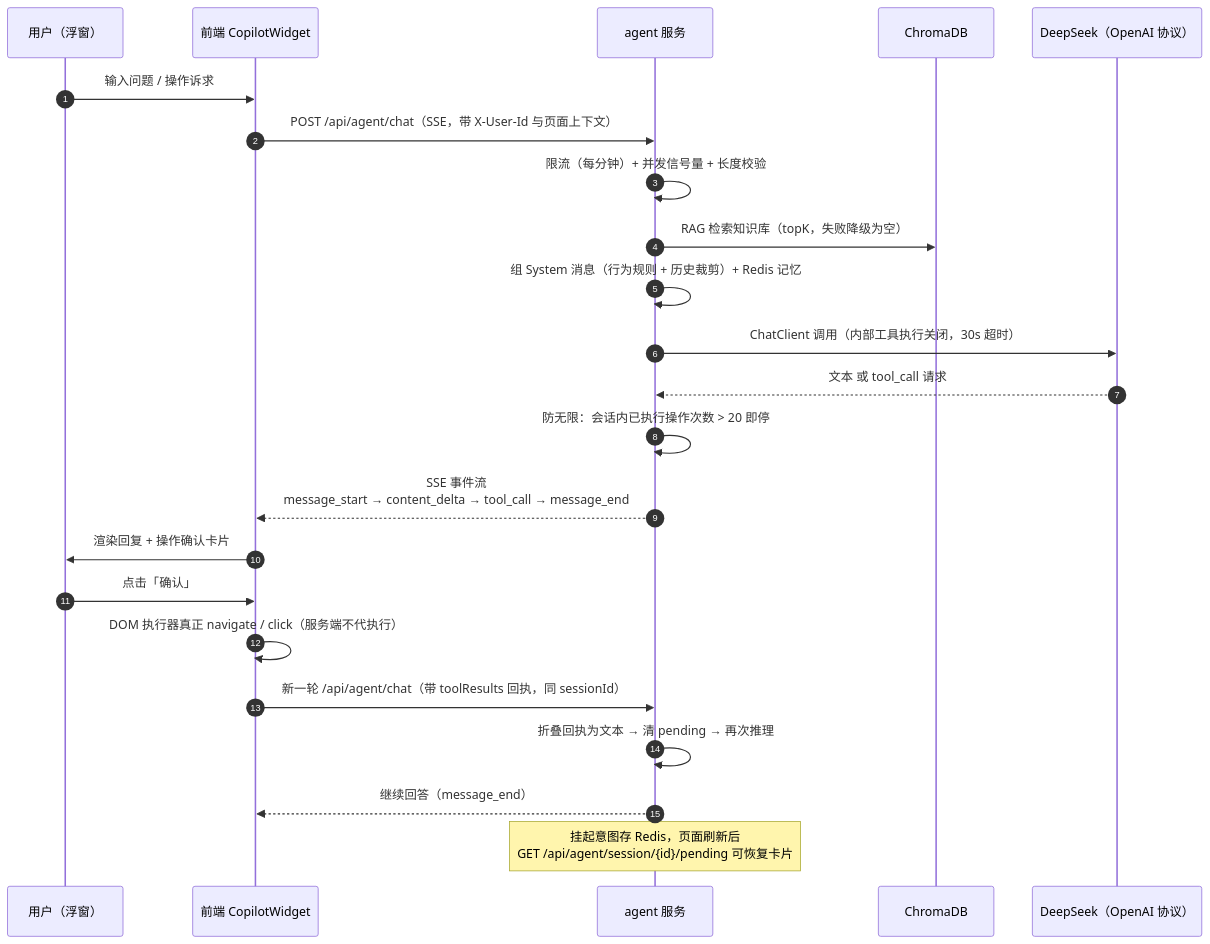
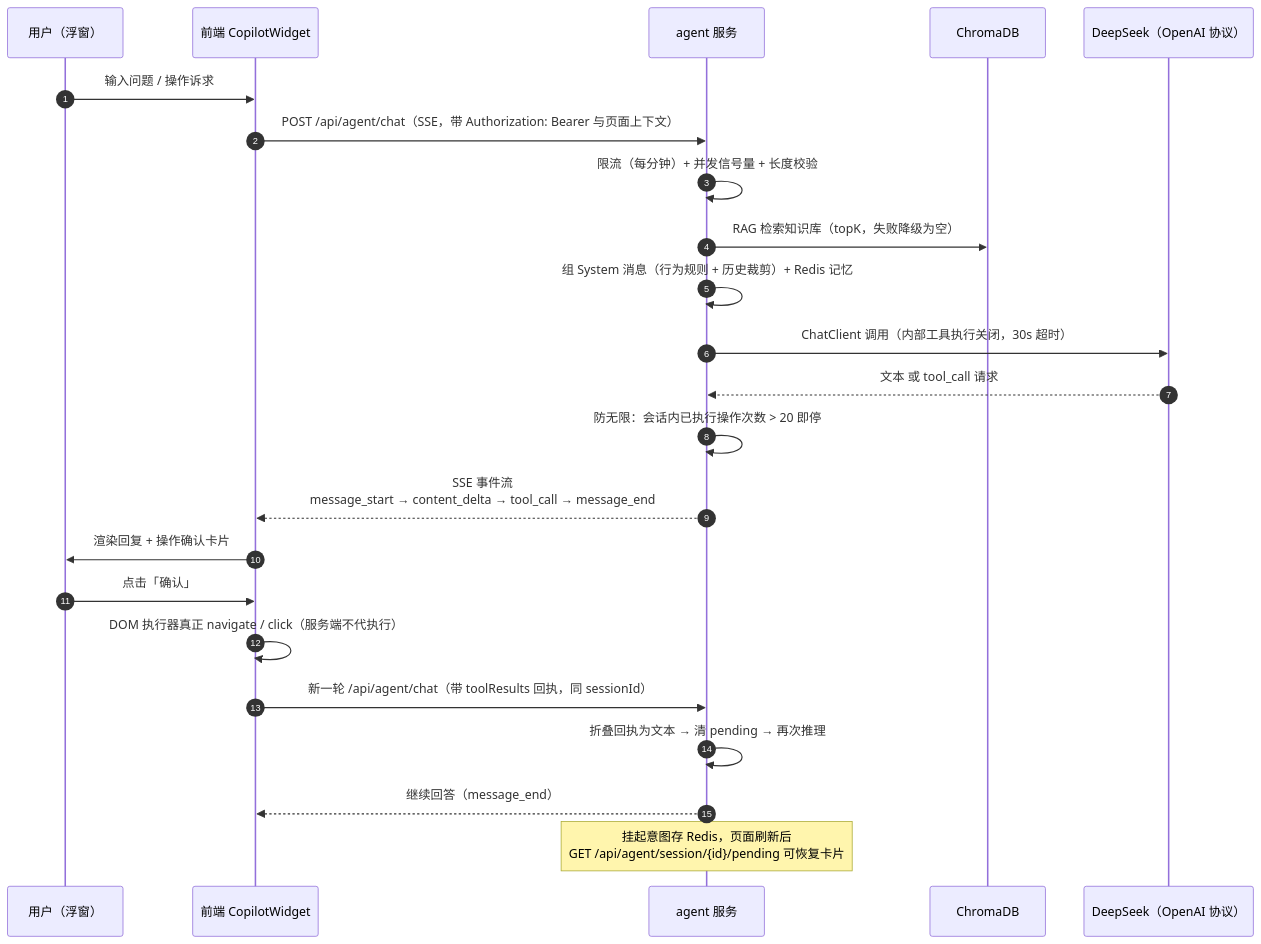
Before and after one commit to WaterSilverHg/ling-mart: diagram 18 of 19 in docs/architecture-diagrams.md, drawn with Mermaid. The commit also changed other lines of this file and 139 other files, not shown here.

````diff
--- a/docs/architecture-diagrams.md
+++ b/docs/architecture-diagrams.md
@@ -583,27 +586,27 @@
 ```mermaid
 sequenceDiagram
     autonumber
     participant U as 用户（浮窗）
     participant FE as 前端 CopilotWidget
     participant AG as agent 服务
     participant KB as ChromaDB
     participant LLM as DeepSeek（OpenAI 协议）
 
     U->>FE: 输入问题 / 操作诉求
-    FE->>AG: POST /api/agent/chat（SSE，带 X-User-Id 与页面上下文）
+    FE->>AG: POST /api/agent/chat（SSE，带 Authorization: Bearer 与页面上下文）
     AG->>AG: 限流（每分钟）+ 并发信号量 + 长度校验
     AG->>KB: RAG 检索知识库（topK，失败降级为空）
     AG->>AG: 组 System 消息（行为规则 + 历史裁剪）+ Redis 记忆
     AG->>LLM: ChatClient 调用（内部工具执行关闭，30s 超时）
     LLM-->>AG: 文本 或 tool_call 请求
     AG->>AG: 防无限：会话内已执行操作次数 > 20 即停
     AG-->>FE: SSE 事件流<br/>message_start → content_delta → tool_call → message_end
     FE->>U: 渲染回复 + 操作确认卡片
 
     U->>FE: 点击「确认」
     FE->>FE: DOM 执行器真正 navigate / click（服务端不代执行）
     FE->>AG: 新一轮 /api/agent/chat（带 toolResults 回执，同 sessionId）
     AG->>AG: 折叠回执为文本 → 清 pending → 再次推理
     AG-->>FE: 继续回答（message_end）
     Note over AG: 挂起意图存 Redis，页面刷新后<br/>GET /api/agent/session/{id}/pending 可恢复卡片
 ```
````
